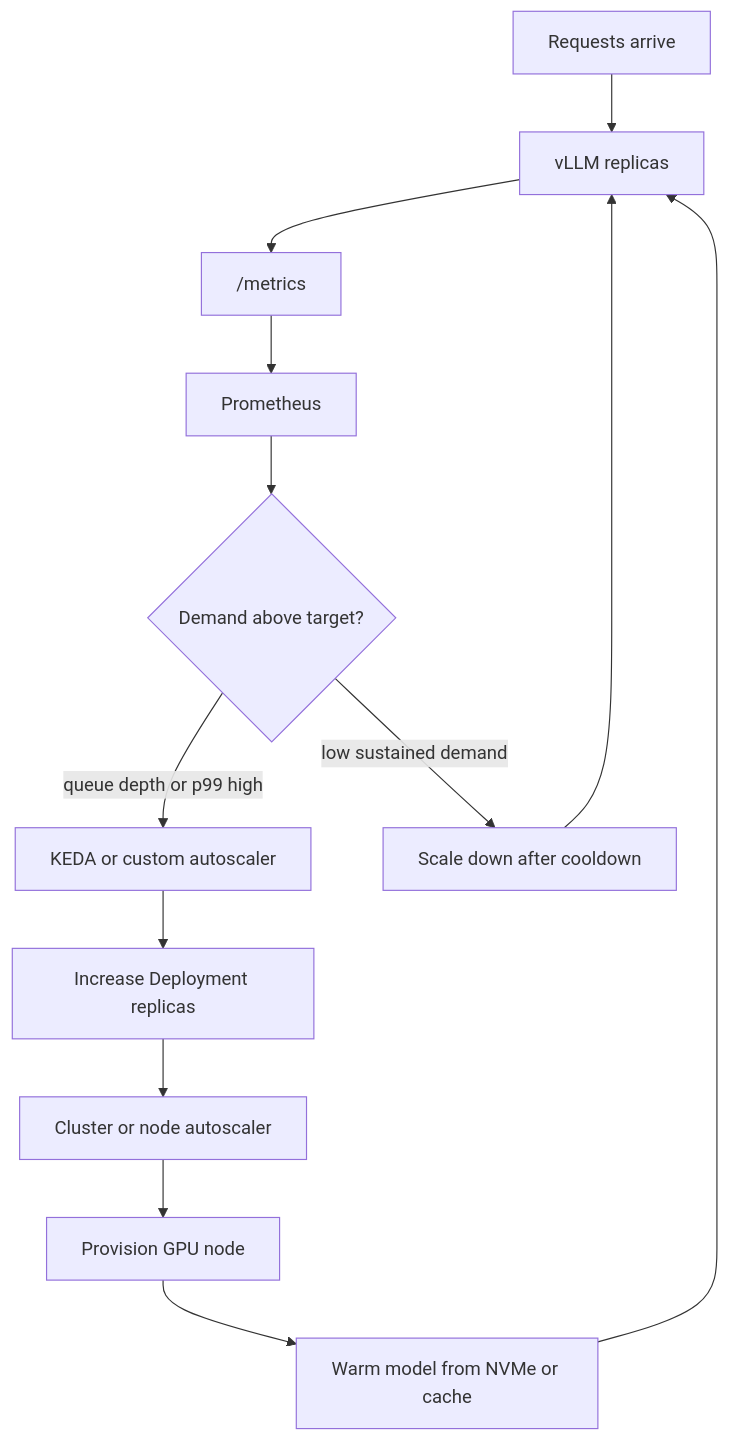
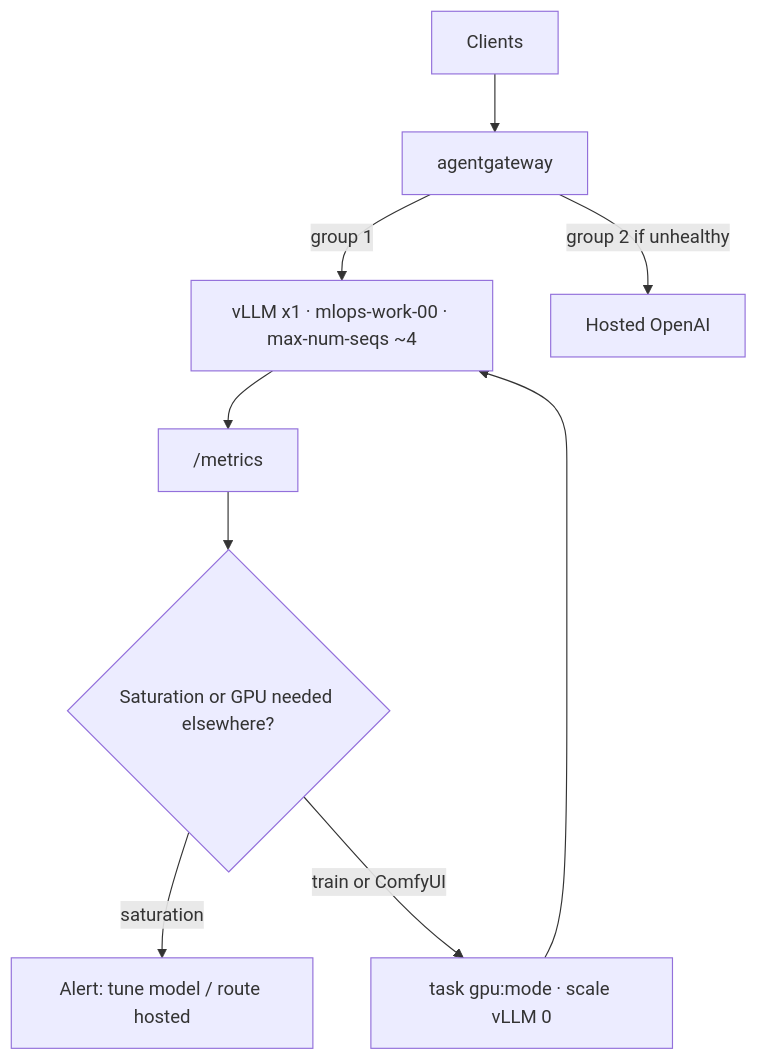
The diagram in docs/platform/ai/index.md (teaglebuilt/homelab), drawn with Mermaid before and after one commit. The commit also changed other lines of this file, not shown here.

````diff
--- a/docs/platform/ai/index.md
+++ b/docs/platform/ai/index.md
@@ -95,19 +102,10 @@
 ```mermaid
 flowchart TD
-    Q[Requests arrive] --> V[vLLM replicas]
-    V --> M["/metrics"]
-    M --> P[Prometheus]
-
-    P --> D{Demand above target?}
-
-    D -->|queue depth or p99 high| K[KEDA or custom autoscaler]
-    K --> H[Increase Deployment replicas]
-
-    H --> N[Cluster or node autoscaler]
-    N --> G[Provision GPU node]
-    G --> W[Warm model from NVMe or cache]
-    W --> V
-
-    D -->|low sustained demand| S[Scale down after cooldown]
-    S --> V
+    C[Clients] --> GW[agentgateway]
+    GW -->|group 1| V["vLLM x1 · mlops-work-00 · max-num-seqs ~4"]
+    GW -->|group 2 if unhealthy| H[Hosted OpenAI]
+    V --> M["/metrics"] --> A{Saturation or GPU needed elsewhere?}
+    A -->|saturation| R[Alert: tune model / route hosted]
+    A -->|train or ComfyUI| T[task gpu:mode · scale vLLM 0]
+    T --> V
 ```
````
